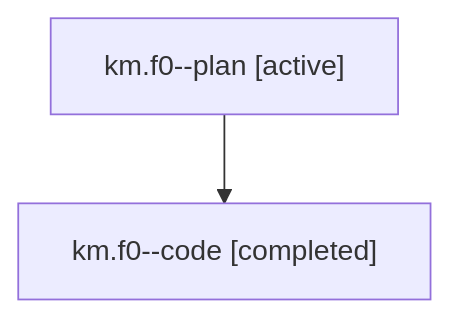
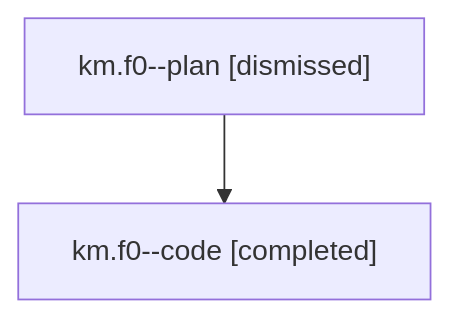
One commit to sase-org/sase--agents changed the diagram in sessions/bbugyi200.athena.km.f0.md. Above: the diagram before and after it, drawn with Mermaid. The commit also changed other lines of this file and 48 other files, not shown here.

````diff
--- a/sessions/bbugyi200.athena.km.f0.md
+++ b/sessions/bbugyi200.athena.km.f0.md
@@ -9,6 +9,6 @@
 ```mermaid
 flowchart TD
-  n0["km.f0--plan [active]"]
+  n0["km.f0--plan [dismissed]"]
   n1["km.f0--code [completed]"]
   n0 --> n1
 ```
````
